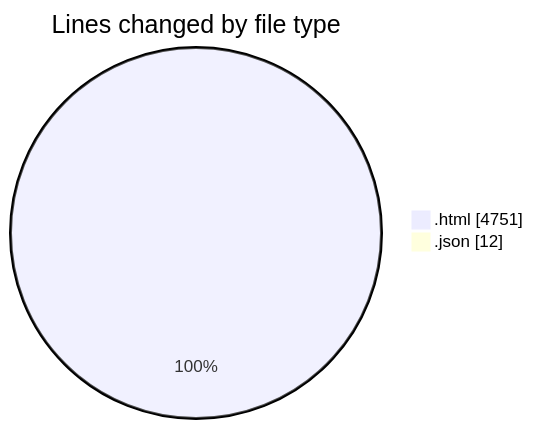
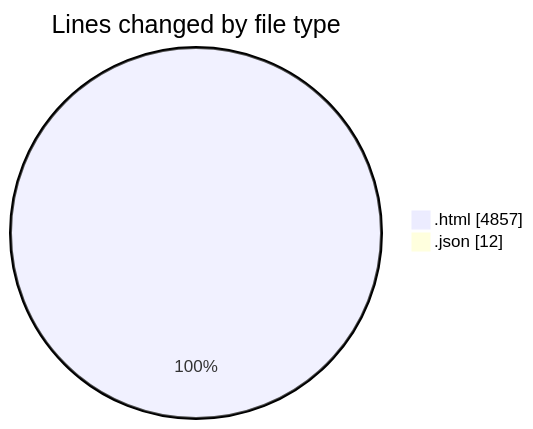
Before and after one commit to momahboobian/code-tracking: the first of 2 diagrams in 2026-05-21/pdf_invoice/README.md, drawn with Mermaid. The commit also changed other lines of this file and 1 other file, not shown here.

````diff
--- a/2026-05-21/pdf_invoice/README.md
+++ b/2026-05-21/pdf_invoice/README.md
@@ -26,6 +26,6 @@
 ```mermaid
 pie showData
 title Lines changed by file type
-".html" : 4751
+".html" : 4857
 ".json" : 12
 ```
````
